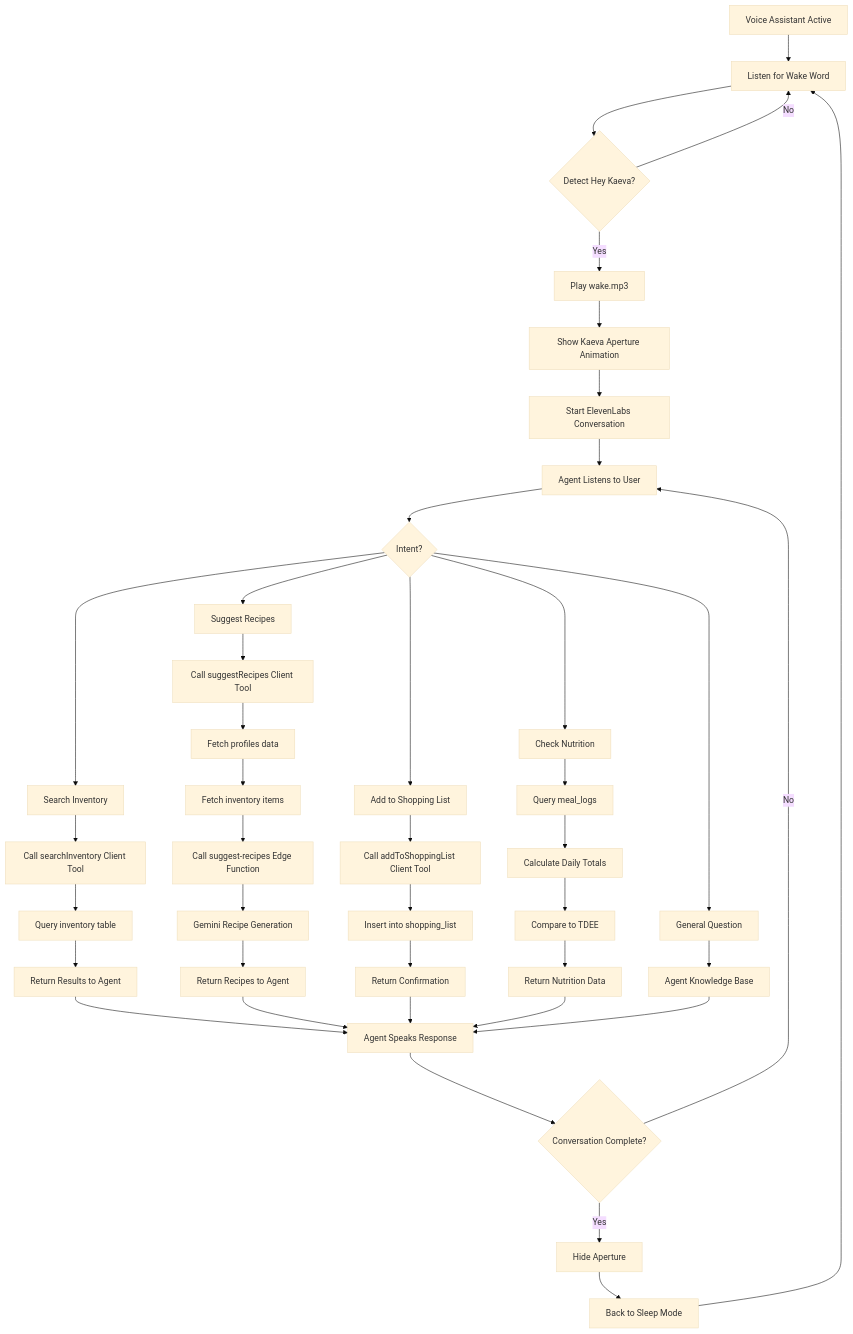
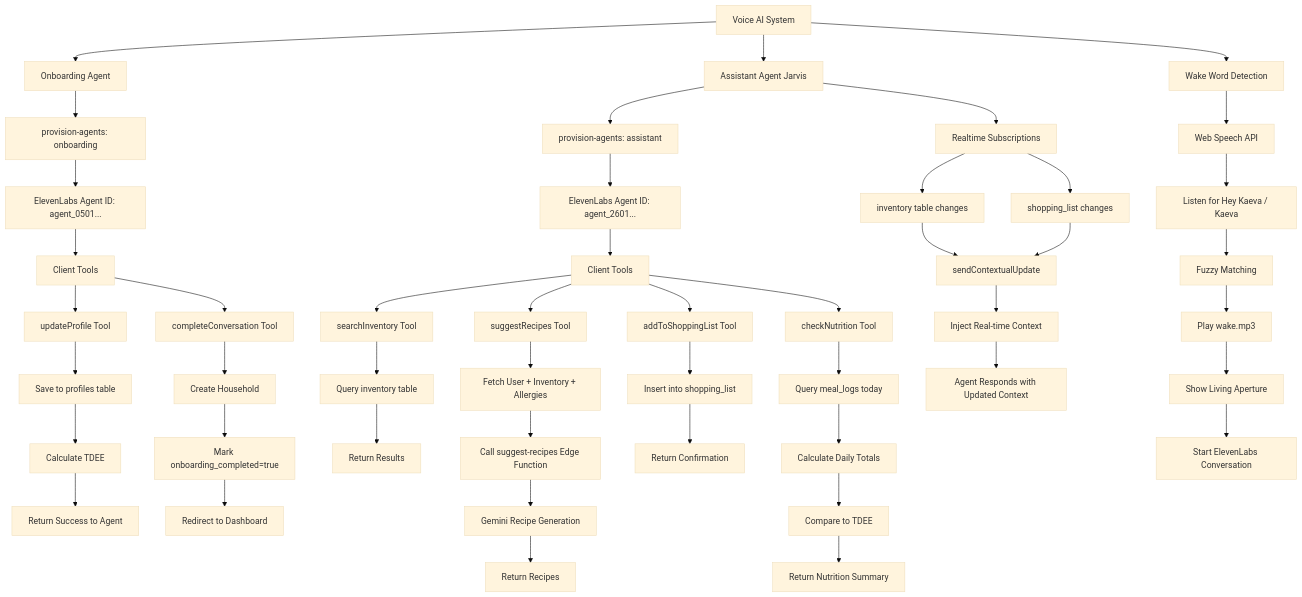
The seventh of 14 diagrams in KAEVA_MASTER_BLUEPRINT.md (Viraj-FG/Techcentral), drawn with Mermaid (base theme) before and after one commit. The commit also changed other lines of this file, not shown here.

````diff
--- a/KAEVA_MASTER_BLUEPRINT.md
+++ b/KAEVA_MASTER_BLUEPRINT.md
@@ -216,52 +471,62 @@
 ```mermaid
 graph TD
-    VoiceStart[Voice Assistant Active] --> ListenWake[Listen for Wake Word]
-    ListenWake --> DetectWake{Detect Hey Kaeva?}
+    VoiceSystem[Voice AI System] --> OnboardingAgent[Onboarding Agent]
+    VoiceSystem --> AssistantAgent[Assistant Agent Jarvis]
     
-    DetectWake -->|No| ListenWake
-    DetectWake -->|Yes| PlayWakeSound[Play wake.mp3]
-    PlayWakeSound --> ShowKaevaAperture[Show Kaeva Aperture Animation]
-    ShowKaevaAperture --> StartConversation[Start ElevenLabs Conversation]
+    OnboardingAgent --> ProvisionOnboard[provision-agents: onboarding]
+    ProvisionOnboard --> ElevenLabsOnboard[ElevenLabs Agent ID: agent_0501...]
+    ElevenLabsOnboard --> OnboardTools[Client Tools]
     
-    StartConversation --> AgentListens[Agent Listens to User]
-    AgentListens --> ProcessIntent{Intent?}
+    OnboardTools --> UpdateProfile[updateProfile Tool]
+    OnboardTools --> CompleteConversation[completeConversation Tool]
     
-    ProcessIntent --> SearchIntent[Search Inventory]
-    ProcessIntent --> RecipeIntent[Suggest Recipes]
-    ProcessIntent --> AddCartIntent[Add to Shopping List]
-    ProcessIntent --> CheckNutritionIntent[Check Nutrition]
-    ProcessIntent --> GeneralQuery[General Question]
+    UpdateProfile --> SaveUserData[Save to profiles table]
+    SaveUserData --> CalcTDEE[Calculate TDEE]
+    CalcTDEE --> ReturnSuccess[Return Success to Agent]
     
-    SearchIntent --> CallSearchTool[Call searchInventory Client Tool]
-    CallSearchTool --> QueryInventoryDB[Query inventory table]
-    QueryInventoryDB --> ReturnResults[Return Results to Agent]
-    ReturnResults --> AgentResponds[Agent Speaks Response]
+    CompleteConversation --> CreateHousehold[Create Household]
+    CreateHousehold --> MarkComplete[Mark onboarding_completed=true]
+    MarkComplete --> RedirectDashboard[Redirect to Dashboard]
     
-    RecipeIntent --> CallRecipeTool[Call suggestRecipes Client Tool]
-    CallRecipeTool --> FetchUserProfile[Fetch profiles data]
-    FetchUserProfile --> FetchInventoryItems[Fetch inventory items]
-    FetchInventoryItems --> CallSuggestRecipes[Call suggest-recipes Edge Function]
-    CallSuggestRecipes --> GeminiRecipes[Gemini Recipe Generation]
-    GeminiRecipes --> ReturnRecipes[Return Recipes to Agent]
-    ReturnRecipes --> AgentResponds
+    AssistantAgent --> ProvisionAssistant[provision-agents: assistant]
+    ProvisionAssistant --> ElevenLabsAssistant[ElevenLabs Agent ID: agent_2601...]
+    ElevenLabsAssistant --> AssistantTools[Client Tools]
     
-    AddCartIntent --> CallAddTool[Call addToShoppingList Client Tool]
-    CallAddTool --> InsertShopping[Insert into shopping_list]
-    InsertShopping --> ReturnConfirm[Return Confirmation]
-    ReturnConfirm --> AgentResponds
+    AssistantTools --> SearchInventory[searchInventory Tool]
+    AssistantTools --> SuggestRecipes[suggestRecipes Tool]
+    AssistantTools --> AddToCart[addToShoppingList Tool]
+    AssistantTools --> CheckNutrition[checkNutrition Tool]
     
-    CheckNutritionIntent --> QueryMealLogs[Query meal_logs]
-    QueryMealLogs --> CalcDailyTotals[Calculate Daily Totals]
-    CalcDailyTotals --> CompareTDEE[Compare to TDEE]
-    CompareTDEE --> ReturnNutritionData[Return Nutrition Data]
-    ReturnNutritionData --> AgentResponds
+    SearchInventory --> QueryInventory[Query inventory table]
+    QueryInventory --> ReturnResults[Return Results]
     
-    GeneralQuery --> AgentKnowledge[Agent Knowledge Base]
-    AgentKnowledge --> AgentResponds
+    SuggestRecipes --> FetchContext[Fetch User + Inventory + Allergies]
+    FetchContext --> CallSuggestRecipes[Call suggest-recipes Edge Function]
+    CallSuggestRecipes --> GeminiRecipe[Gemini Recipe Generation]
+    GeminiRecipe --> ReturnRecipes[Return Recipes]
     
-    AgentResponds --> ConversationEnd{Conversation Complete?}
-    ConversationEnd -->|No| AgentListens
-    ConversationEnd -->|Yes| HideAperture[Hide Aperture]
-    HideAperture --> BackToSleep[Back to Sleep Mode]
-    BackToSleep --> ListenWake
+    AddToCart --> InsertShopping[Insert into shopping_list]
+    InsertShopping --> ConfirmAdded[Return Confirmation]
+    
+    CheckNutrition --> QueryMeals[Query meal_logs today]
+    QueryMeals --> CalcDaily[Calculate Daily Totals]
+    CalcDaily --> CompareTDEE[Compare to TDEE]
+    CompareTDEE --> ReturnNutrition[Return Nutrition Summary]
+    
+    AssistantAgent --> RealtimeSubscriptions[Realtime Subscriptions]
+    RealtimeSubscriptions --> InventoryChanges[inventory table changes]
+    RealtimeSubscriptions --> ShoppingChanges[shopping_list changes]
+    
+    InventoryChanges --> ContextualUpdate[sendContextualUpdate]
+    ShoppingChanges --> ContextualUpdate
+    ContextualUpdate --> InjectContext[Inject Real-time Context]
+    InjectContext --> AgentResponds[Agent Responds with Updated Context]
+    
+    VoiceSystem --> WakeWordDetection[Wake Word Detection]
+    WakeWordDetection --> WebSpeechAPI[Web Speech API]
+    WebSpeechAPI --> ListenPhrase[Listen for Hey Kaeva / Kaeva]
+    ListenPhrase --> FuzzyMatch[Fuzzy Matching]
+    FuzzyMatch --> PlayWakeSound[Play wake.mp3]
+    PlayWakeSound --> ShowAperture[Show Living Aperture]
+    ShowAperture --> StartConversation[Start ElevenLabs Conversation]
 ```
````
